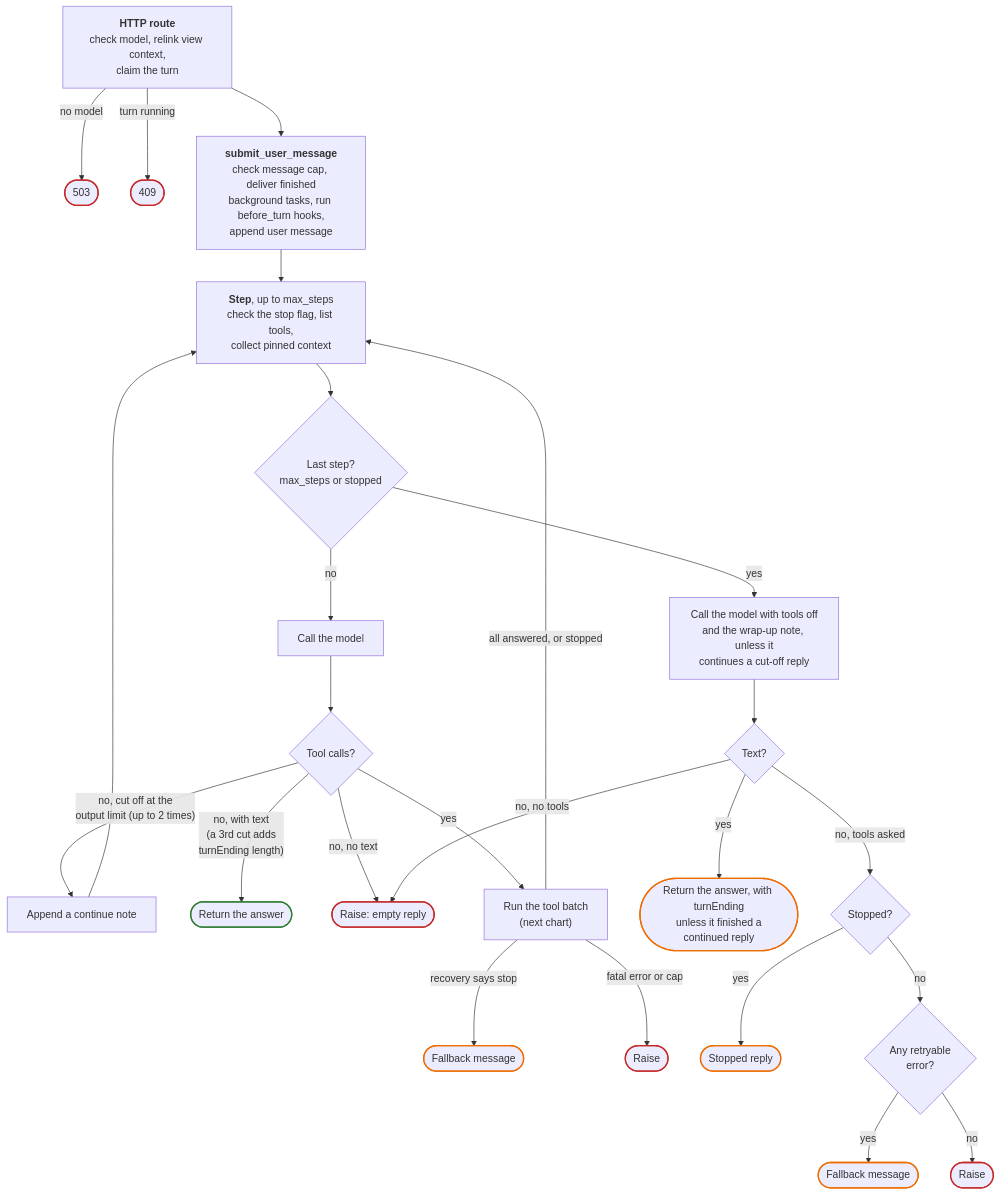
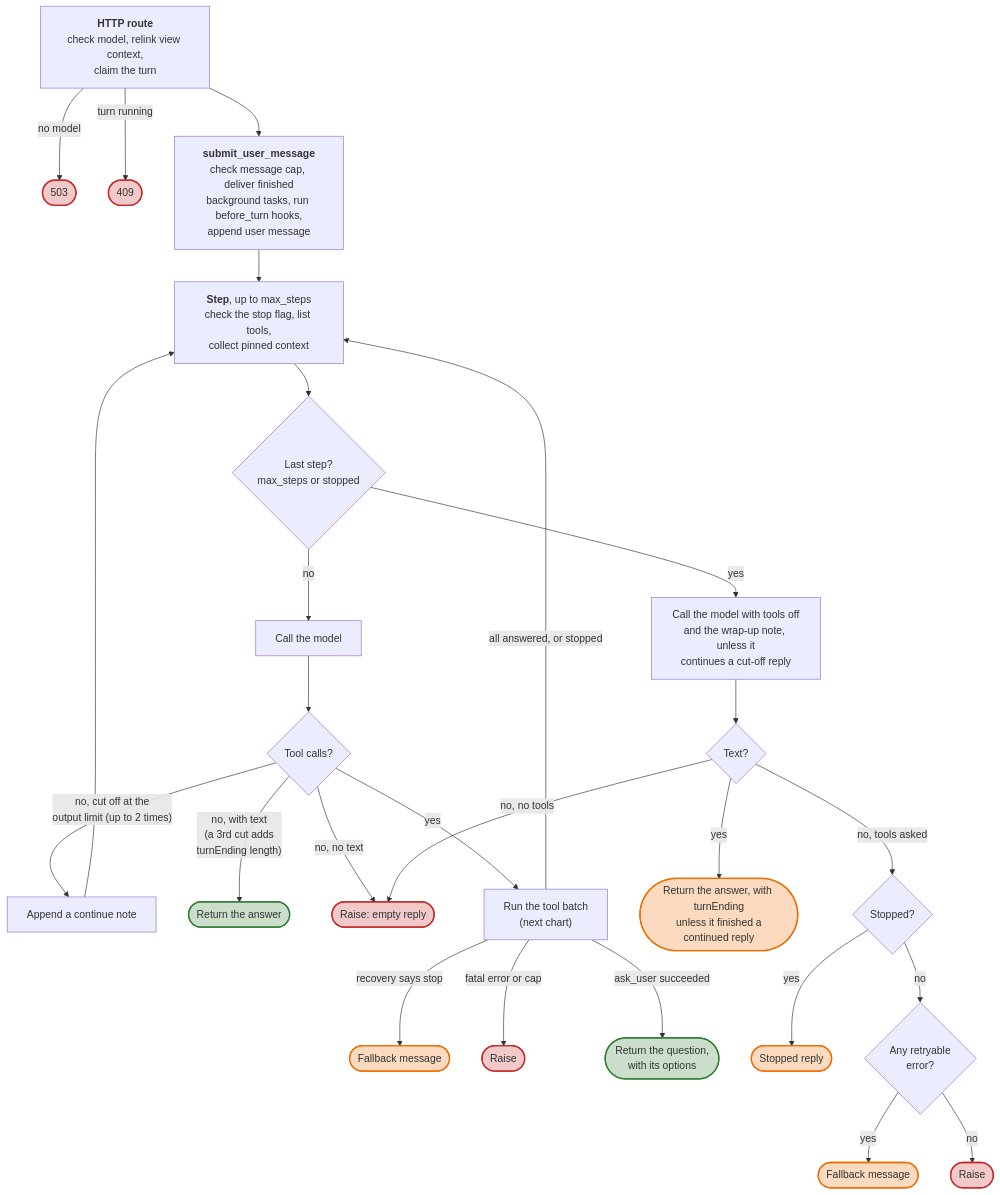
Before and after one commit to KiUngSong/TerraFin: the first of 2 diagrams in docs/harness/loop.md, drawn with Mermaid. The commit also changed other lines of this file and 106 other files, not shown here.

````diff
--- a/docs/harness/loop.md
+++ b/docs/harness/loop.md
@@ -31,34 +36,35 @@
     ```mermaid
     flowchart TD
         route["<b>HTTP route</b><br/>check model, relink view context,<br/>claim the turn"]
         route -- no model --> e503(["503"])
         route -- turn running --> e409(["409"])
         route --> submit["<b>submit_user_message</b><br/>check message cap, deliver finished<br/>background tasks, run before_turn hooks,<br/>append user message"]
         submit --> step["<b>Step</b>, up to max_steps<br/>check the stop flag, list tools,<br/>collect pinned context"]
         step --> last{"Last step?<br/>max_steps or stopped"}
         last -- no --> model["Call the model"]
         last -- yes --> wrap["Call the model with tools off<br/>and the wrap-up note, unless it<br/>continues a cut-off reply"]
         model --> calls{"Tool calls?"}
         calls -- "no, cut off at the<br/>output limit (up to 2 times)" --> cont["Append a continue note"] --> step
         calls -- "no, with text<br/>(a 3rd cut adds<br/>turnEnding length)" --> done(["Return the answer"])
         calls -- no, no text --> empty(["Raise: empty reply"])
         calls -- yes --> batch["Run the tool batch<br/>(next chart)"]
         batch -- recovery says stop --> fb1(["Fallback message"])
         batch -- fatal error or cap --> fail1(["Raise"])
+        batch -- "ask_user succeeded" --> ask(["Return the question,<br/>with its options"])
         batch -- all answered, or stopped --> step
         wrap --> text{"Text?"}
         text -- yes --> ending(["Return the answer, with turnEnding<br/>unless it finished a<br/>continued reply"])
         text -- "no, tools asked" --> stopped{"Stopped?"}
         text -- "no, no tools" --> empty
         stopped -- yes --> stoptext(["Stopped reply"])
         stopped -- no --> any{"Any retryable<br/>error?"}
         any -- yes --> fb2(["Fallback message"])
         any -- no --> fail2(["Raise"])
 
-        classDef ok stroke:#2e7d32,stroke-width:2px
-        classDef bad stroke:#c62828,stroke-width:2px
-        classDef soft stroke:#ef6c00,stroke-width:2px
-        class done ok
+        classDef ok fill:#2e7d3240,stroke:#2e7d32,stroke-width:2px
+        classDef bad fill:#c6282840,stroke:#c62828,stroke-width:2px
+        classDef soft fill:#ef6c0040,stroke:#ef6c00,stroke-width:2px
+        class done,ask ok
         class e503,e409,empty,fail1,fail2 bad
         class fb1,fb2,ending,stoptext soft
     ```
````
